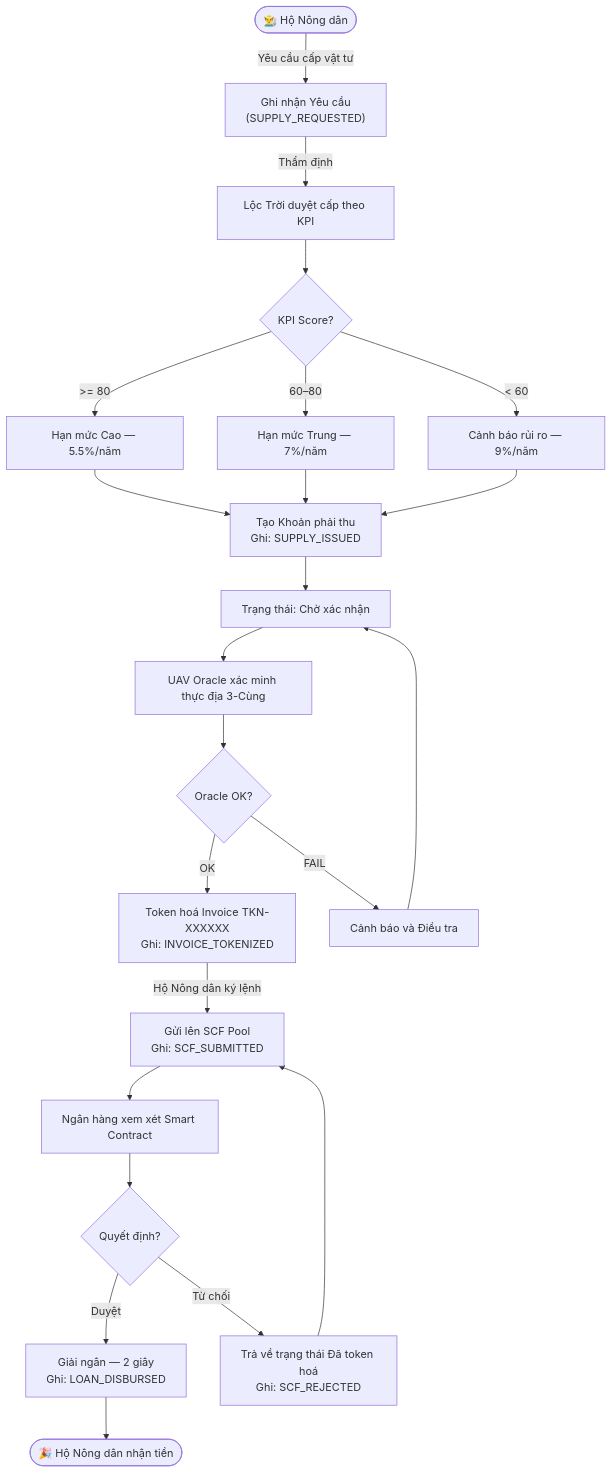
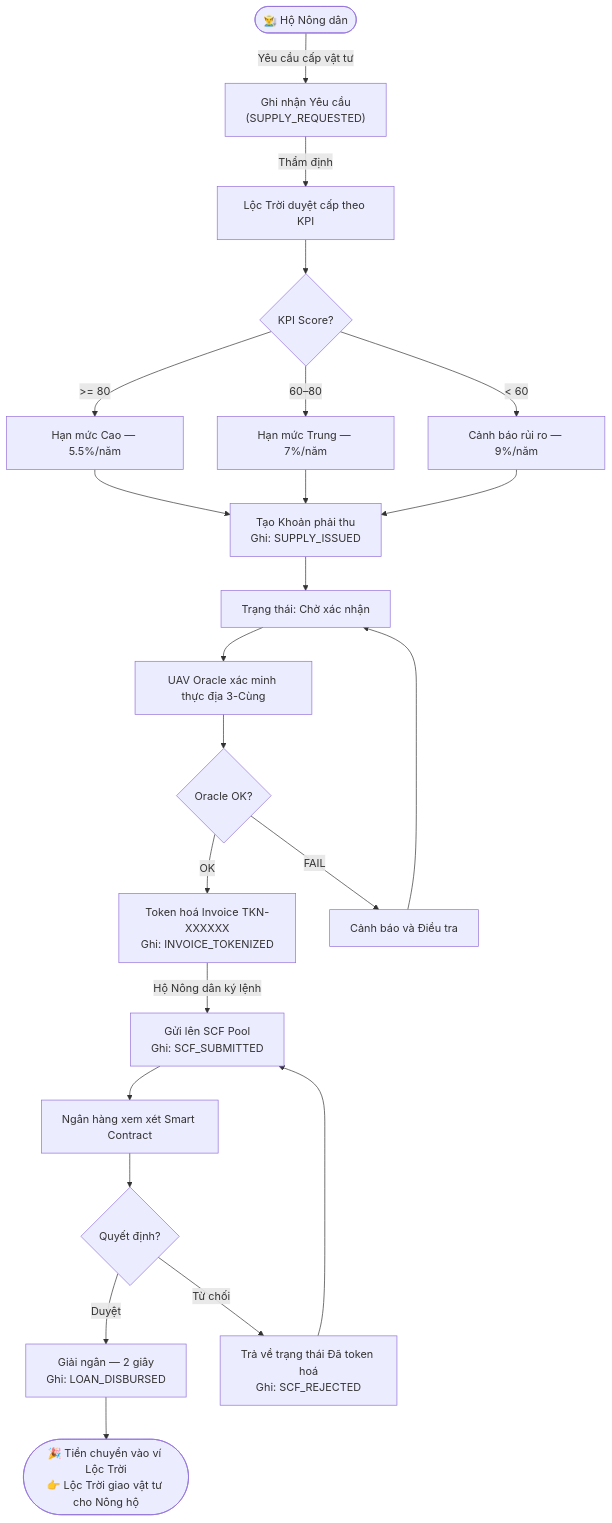
Before and after one commit to yudnhat25/loctroi-app: the first of 5 diagrams in SYSTEM_DOCS.md, drawn with Mermaid. The commit also changed other lines of this file and 3 other files, not shown here.

````diff
--- a/SYSTEM_DOCS.md
+++ b/SYSTEM_DOCS.md
@@ -35,23 +35,23 @@
 ```mermaid
 flowchart TD
     A(["👨‍🌾 Hộ Nông dân"]) -->|"Yêu cầu cấp vật tư"| B["Ghi nhận Yêu cầu\n(SUPPLY_REQUESTED)"]
     B -->|"Thẩm định"| C["Lộc Trời duyệt cấp theo KPI"]
     C --> D{KPI Score?}
     D -->|">= 80"| E["Hạn mức Cao — 5.5%/năm"]
     D -->|"60–80"| F["Hạn mức Trung — 7%/năm"]
     D -->|"< 60"| G["Cảnh báo rủi ro — 9%/năm"]
     E & F & G --> H["Tạo Khoản phải thu\nGhi: SUPPLY_ISSUED"]
     H --> I["Trạng thái: Chờ xác nhận"]
     I --> J["UAV Oracle xác minh thực địa 3-Cùng"]
     J --> K{Oracle OK?}
     K -->|"OK"| L["Token hoá Invoice TKN-XXXXXX\nGhi: INVOICE_TOKENIZED"]
     K -->|"FAIL"| M["Cảnh báo và Điều tra"]
     L -->|"Hộ Nông dân ký lệnh"| N["Gửi lên SCF Pool\nGhi: SCF_SUBMITTED"]
     N --> O["Ngân hàng xem xét Smart Contract"]
     O --> P{Quyết định?}
     P -->|"Duyệt"| Q["Giải ngân — 2 giây\nGhi: LOAN_DISBURSED"]
     P -->|"Từ chối"| R["Trả về trạng thái Đã token hoá\nGhi: SCF_REJECTED"]
-    Q --> S(["🎉 Hộ Nông dân nhận tiền"])
+    Q --> S(["🎉 Tiền chuyển vào ví Lộc Trời\n👉 Lộc Trời giao vật tư cho Nông hộ"])
     R --> N
     M --> I
 ```
````
